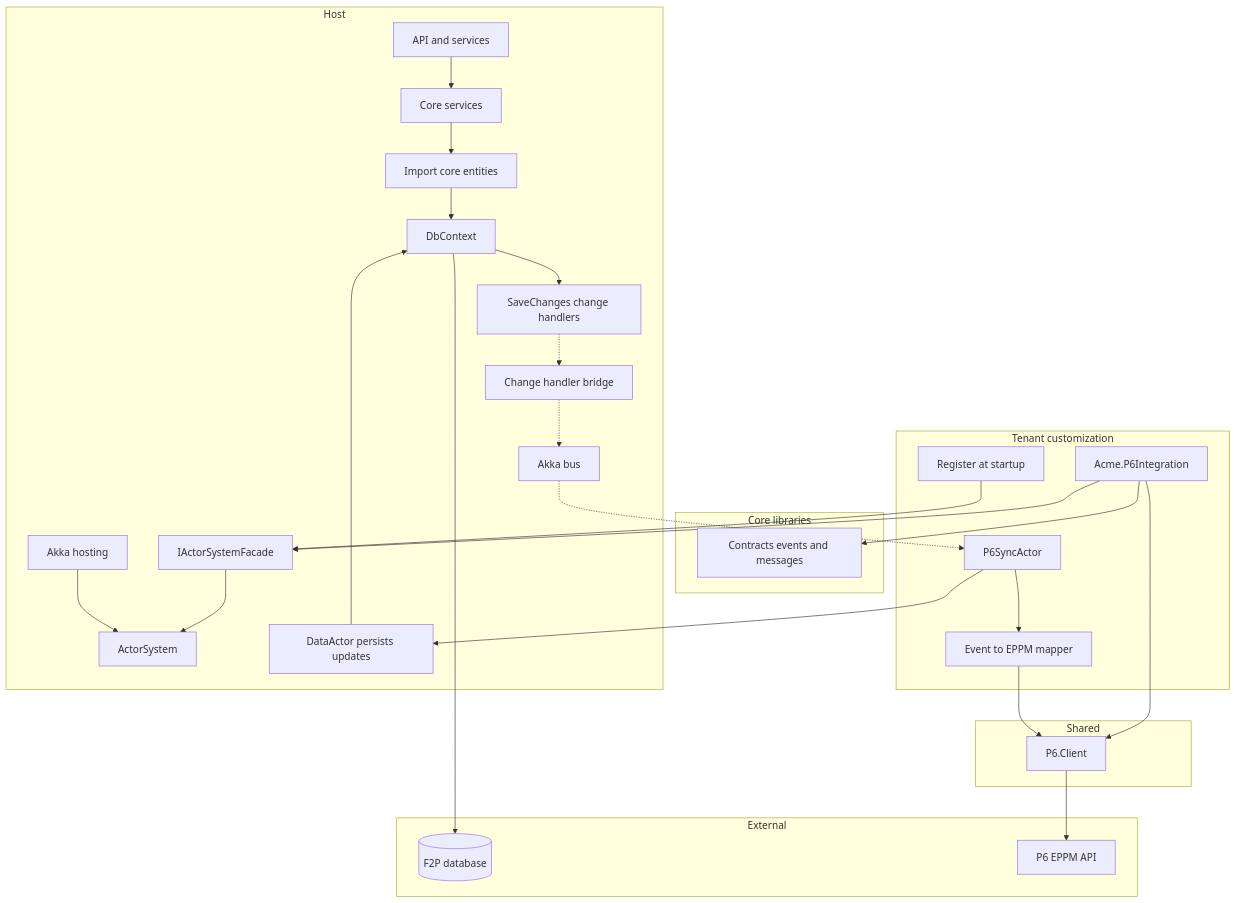
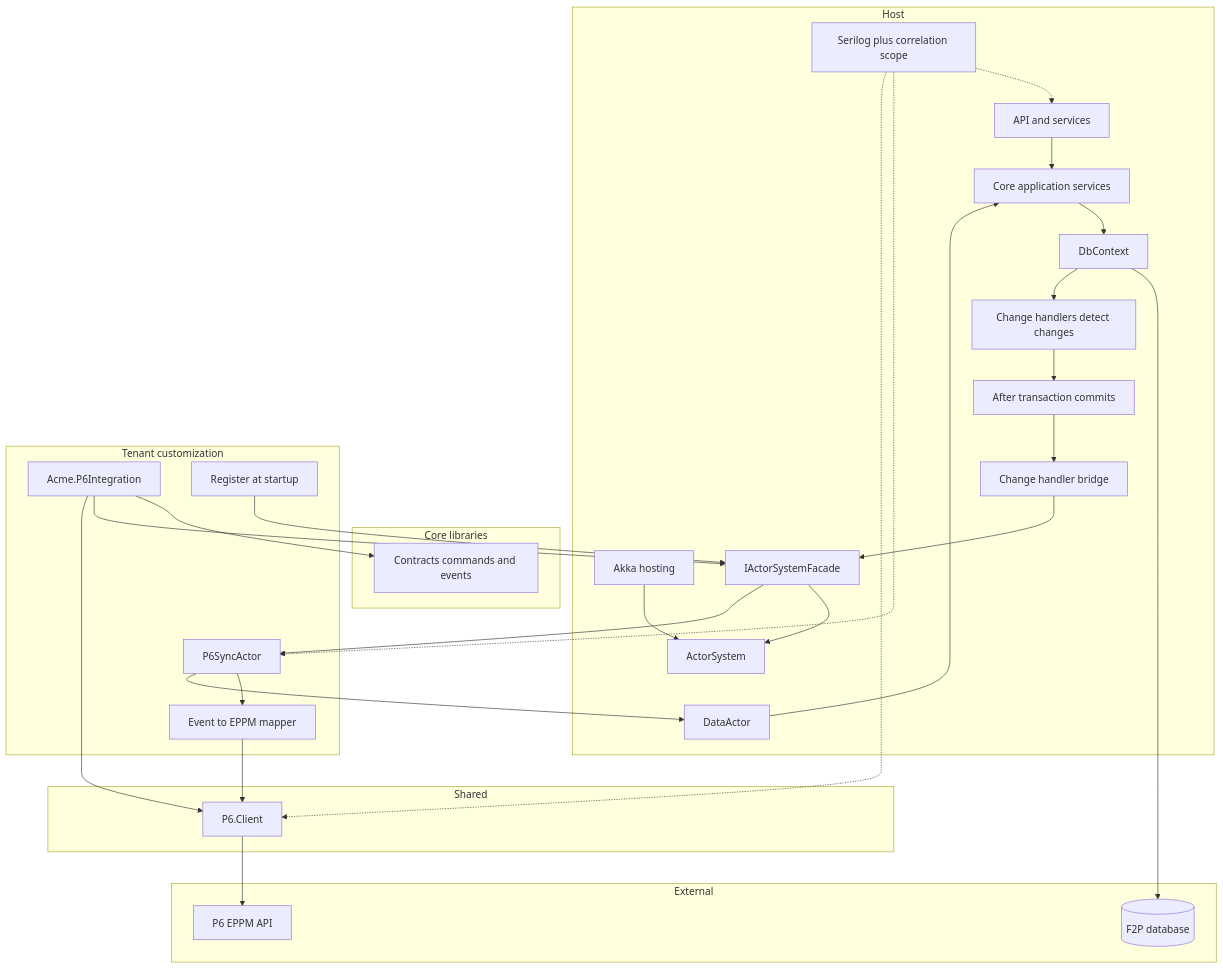
Before and after one commit to robbertF2P/Sandbox: the second of 4 diagrams in docs/floor2plan-akka-actor-integration-design.md, drawn with Mermaid. The commit also changed other lines of this file, not shown here.

````diff
--- a/docs/floor2plan-akka-actor-integration-design.md
+++ b/docs/floor2plan-akka-actor-integration-design.md
@@ -59,52 +61,53 @@
 ```mermaid
 flowchart TB
   subgraph host["Host"]
     API["API and services"]
-    SVC["Core services"]
+    SVC["Core application services"]
     EF["DbContext"]
-    CH["SaveChanges change handlers"]
-    IMP["Import core entities"]
+    CH["Change handlers detect changes"]
+    COMMIT["After transaction commits"]
+    BRIDGE["Change handler bridge"]
     HOST["Akka hosting"]
     AS["ActorSystem"]
     FACADE["IActorSystemFacade"]
-    BRIDGE["Change handler bridge"]
-    BUS["Akka bus"]
-    DATA_ACTOR["DataActor persists updates"]
+    DATA_ACTOR["DataActor"]
+    LOG["Serilog plus correlation scope"]
   end
 
   subgraph core_lib["Core libraries"]
-    CONTRACTS["Contracts events and messages"]
+    CONTRACTS["Contracts commands and events"]
   end
 
   subgraph tenant["Tenant customization"]
     P6_PROJ["Acme.P6Integration"]
     MAP["Event to EPPM mapper"]
     P6_ACTOR["P6SyncActor"]
     REG["Register at startup"]
   end
 
   subgraph shared["Shared"]
     P6_CLIENT["P6.Client"]
   end
 
   subgraph external["External"]
     DB[("F2P database")]
     P6API["P6 EPPM API"]
   end
 
-  API --> SVC
-  SVC --> IMP --> EF --> DB
-  EF --> CH
-  CH -.-> BRIDGE
-  BRIDGE -.-> BUS
+  API --> SVC --> EF --> DB
+  EF --> CH --> COMMIT --> BRIDGE
+  BRIDGE --> FACADE
   HOST --> AS
   FACADE --> AS
-  DATA_ACTOR --> EF
+  FACADE --> P6_ACTOR
+  DATA_ACTOR --> SVC
   REG --> FACADE
-  BUS -.-> P6_ACTOR
   P6_ACTOR --> MAP --> P6_CLIENT --> P6API
   P6_ACTOR --> DATA_ACTOR
   P6_PROJ --> CONTRACTS
   P6_PROJ --> FACADE
   P6_PROJ --> P6_CLIENT
+  LOG -.-> API
+  LOG -.-> P6_ACTOR
+  LOG -.-> P6_CLIENT
 ```
````
